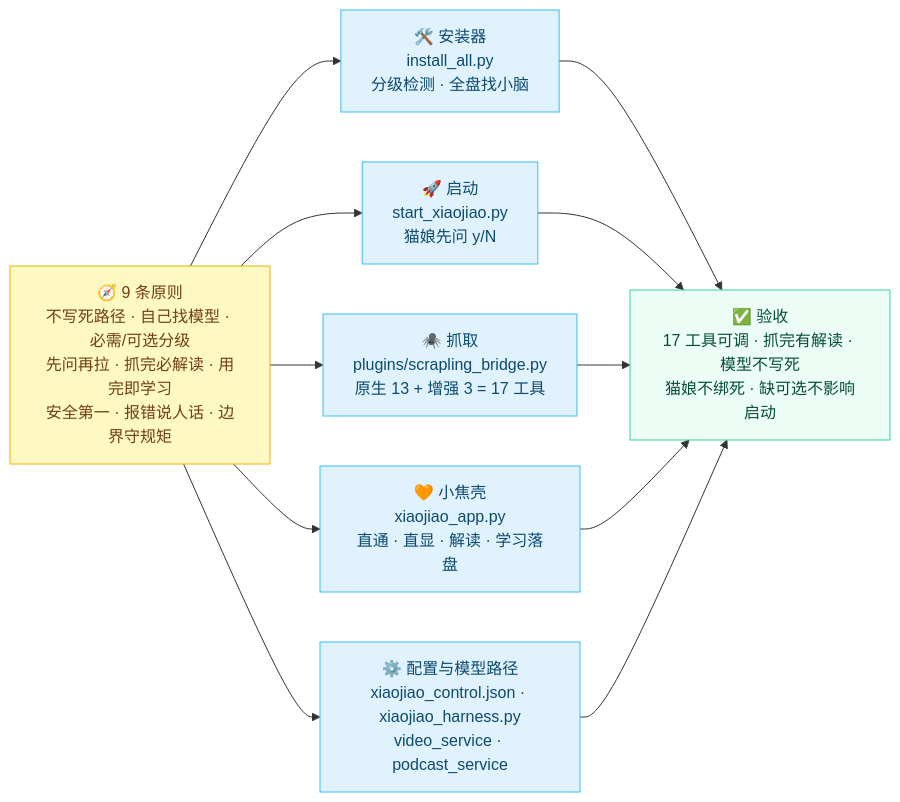
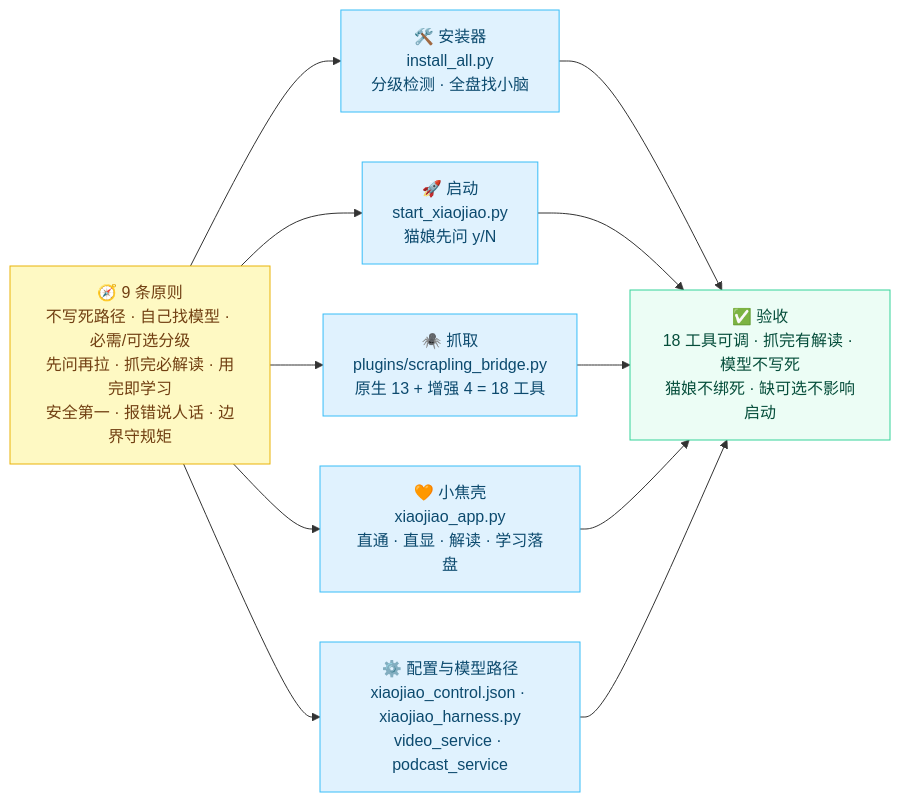
Before and after one commit to jiangchuangege/xiaojiao-harness: diagram 11 of 14 in README.md, drawn with Mermaid. The commit also changed other lines of this file and 17 other files, not shown here.

````diff
--- a/README.md
+++ b/README.md
@@ -941,23 +941,23 @@
 ```mermaid
 flowchart LR
     P["🧭 9 条原则<br/>不写死路径 · 自己找模型 · 必需/可选分级<br/>先问再拉 · 抓完必解读 · 用完即学习<br/>安全第一 · 报错说人话 · 边界守规矩"]
 
     P --> A["🛠️ 安装器<br/>install_all.py<br/>分级检测 · 全盘找小脑"]
     P --> B["🚀 启动<br/>start_xiaojiao.py<br/>猫娘先问 y/N"]
-    P --> C["🕷️ 抓取<br/>plugins/scrapling_bridge.py<br/>原生 13 + 增强 3 = 17 工具"]
+    P --> C["🕷️ 抓取<br/>plugins/scrapling_bridge.py<br/>原生 13 + 增强 4 = 18 工具"]
     P --> D["🧡 小焦壳<br/>xiaojiao_app.py<br/>直通 · 直显 · 解读 · 学习落盘"]
     P --> E["⚙️ 配置与模型路径<br/>xiaojiao_control.json · xiaojiao_harness.py<br/>video_service · podcast_service"]
 
-    A --> V["✅ 验收<br/>17 工具可调 · 抓完有解读 · 模型不写死<br/>猫娘不绑死 · 缺可选不影响启动"]
+    A --> V["✅ 验收<br/>18 工具可调 · 抓完有解读 · 模型不写死<br/>猫娘不绑死 · 缺可选不影响启动"]
     B --> V
     C --> V
     D --> V
     E --> V
 
     classDef p fill:#fef9c3,stroke:#eab308,color:#713f12;
     classDef f fill:#e0f2fe,stroke:#38bdf8,color:#0c4a6e;
     classDef v fill:#ecfdf5,stroke:#34d399,color:#064e3b;
     class P p;
     class A,B,C,D,E f;
     class V v;
 ```
````
